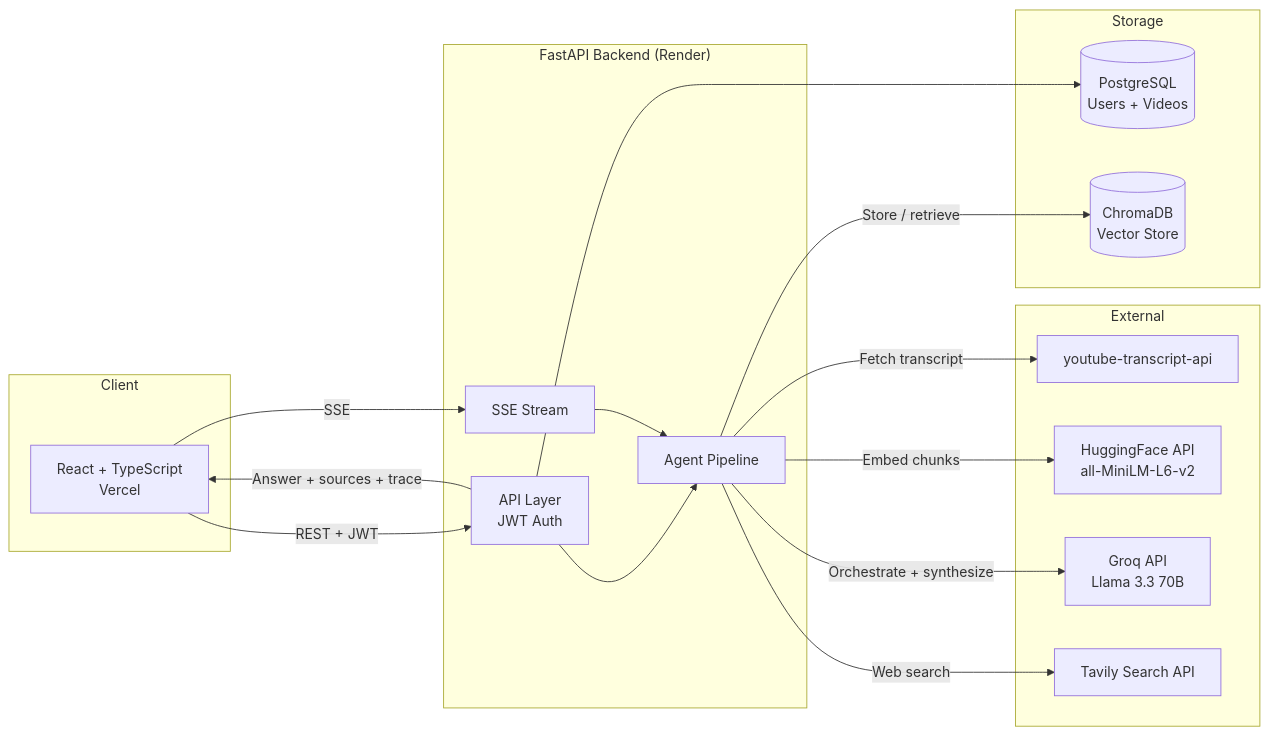
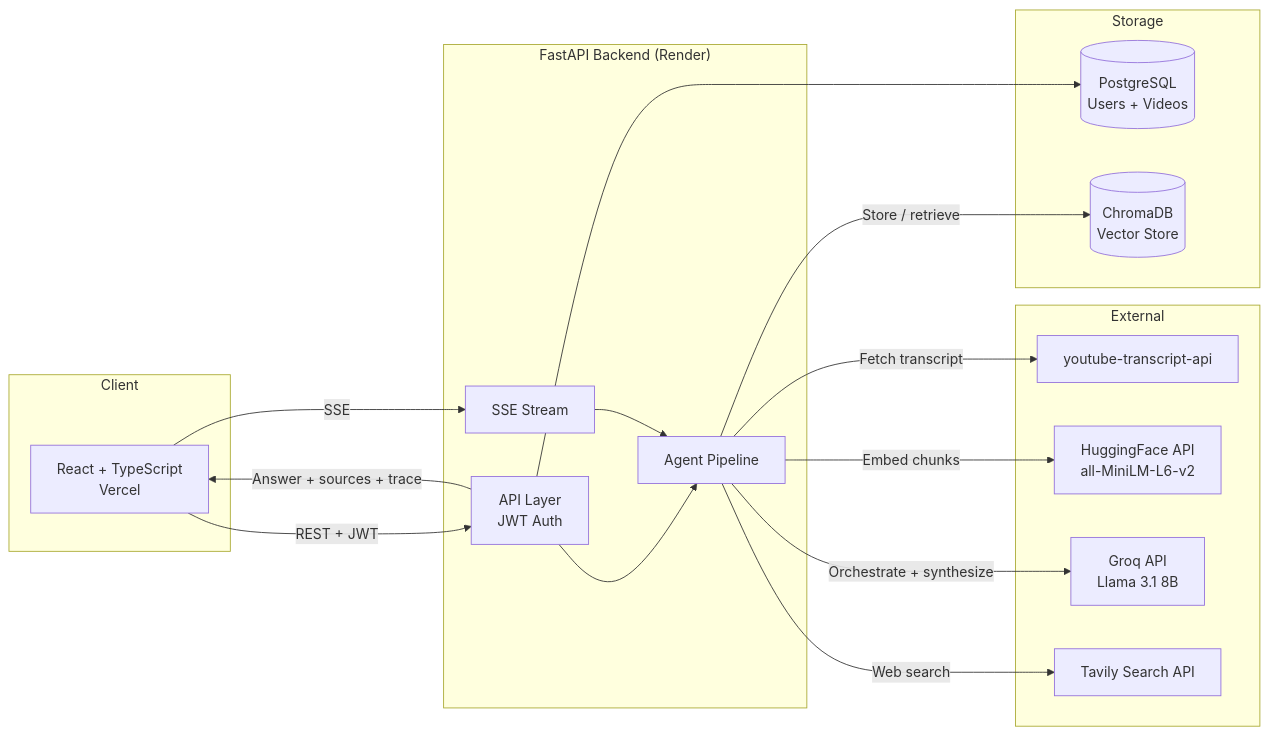
Before and after one commit to shruthi-hariprasad/youtube-rag: the diagram in README.md, drawn with Mermaid. The commit also changed other lines of this file, not shown here.

Commit message:
Update README to reflect agent architecture, model changes, and known limitations

````diff
--- a/README.md
+++ b/README.md
@@ -31,32 +31,32 @@
 ```mermaid
 flowchart LR
     subgraph Client
         A[React + TypeScript\nVercel]
     end
     subgraph Backend ["FastAPI Backend (Render)"]
         B[API Layer\nJWT Auth]
         C[Agent Pipeline]
         D[SSE Stream]
     end
     subgraph Storage
         E[(PostgreSQL\nUsers + Videos)]
         F[(ChromaDB\nVector Store)]
     end
     subgraph External
         G[youtube-transcript-api]
         H[HuggingFace API\nall-MiniLM-L6-v2]
-        I[Groq API\nLlama 3.3 70B]
+        I[Groq API\nLlama 3.1 8B]
         J[Tavily Search API]
     end
     A -->|REST + JWT| B
     A -->|SSE| D
     B --> E
     B --> C
     D --> C
     C -->|Fetch transcript| G
     C -->|Embed chunks| H
     C -->|Store / retrieve| F
     C -->|Orchestrate + synthesize| I
     C -->|Web search| J
     B -->|Answer + sources + trace| A
 ```
````
